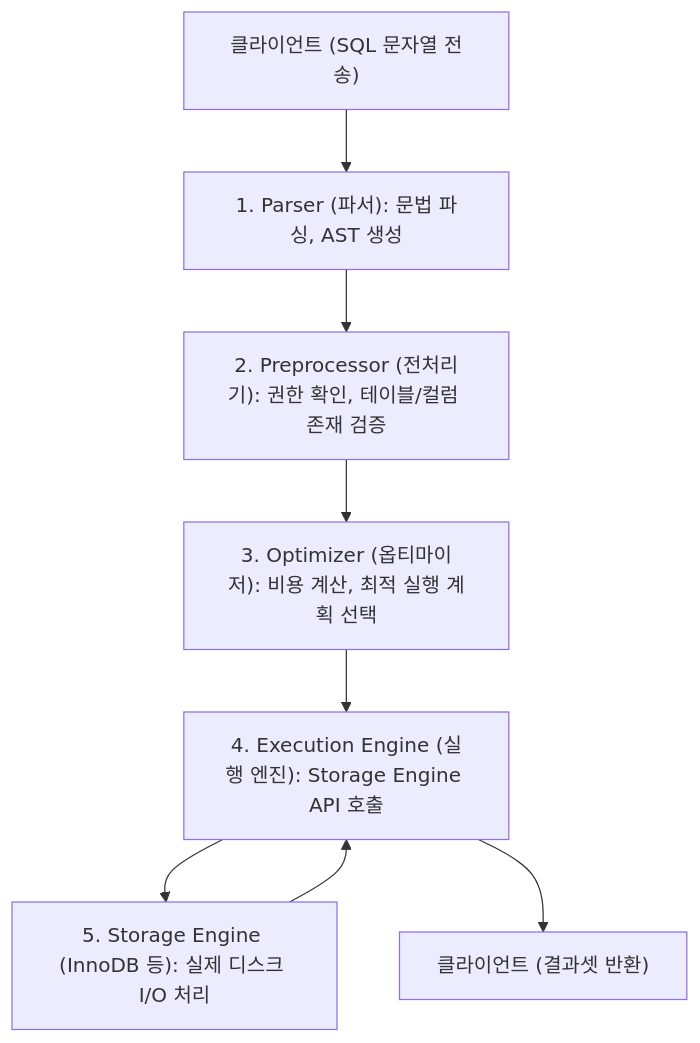
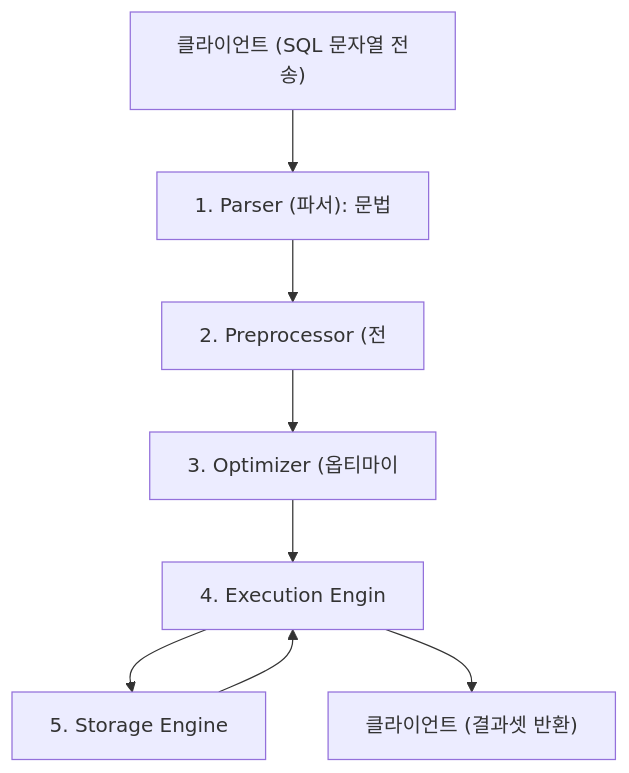
The first of 3 diagrams in _posts/db/2026-05-01-db-optimizer.md (yjkim2015/yjkim2015.github.io), drawn with Mermaid before and after one commit. The commit also changed other lines of this file and 271 other files, not shown here.

First line of the commit message:
Mermaid 라벨 축소: 긴 노드 텍스트 18자 이하로 트림 + \n 제거

````diff
--- a/_posts/db/2026-05-01-db-optimizer.md
+++ b/_posts/db/2026-05-01-db-optimizer.md
@@ -22,11 +22,11 @@
 ```mermaid
 graph TD
     C["클라이언트 (SQL 문자열 전송)"]
-    C --> P["1. Parser (파서): 문법 파싱, AST 생성"]
-    P --> PR["2. Preprocessor (전처리기): 권한 확인, 테이블/컬럼 존재 검증"]
-    PR --> O["3. Optimizer (옵티마이저): 비용 계산, 최적 실행 계획 선택"]
-    O --> E["4. Execution Engine (실행 엔진): Storage Engine API 호출"]
-    E --> SE["5. Storage Engine (InnoDB 등): 실제 디스크 I/O 처리"]
+    C --> P["1. Parser (파서): 문법"]
+    P --> PR["2. Preprocessor (전"]
+    PR --> O["3. Optimizer (옵티마이"]
+    O --> E["4. Execution Engin"]
+    E --> SE["5. Storage Engine"]
     SE --> E
     E --> C2["클라이언트 (결과셋 반환)"]
 ```
````
